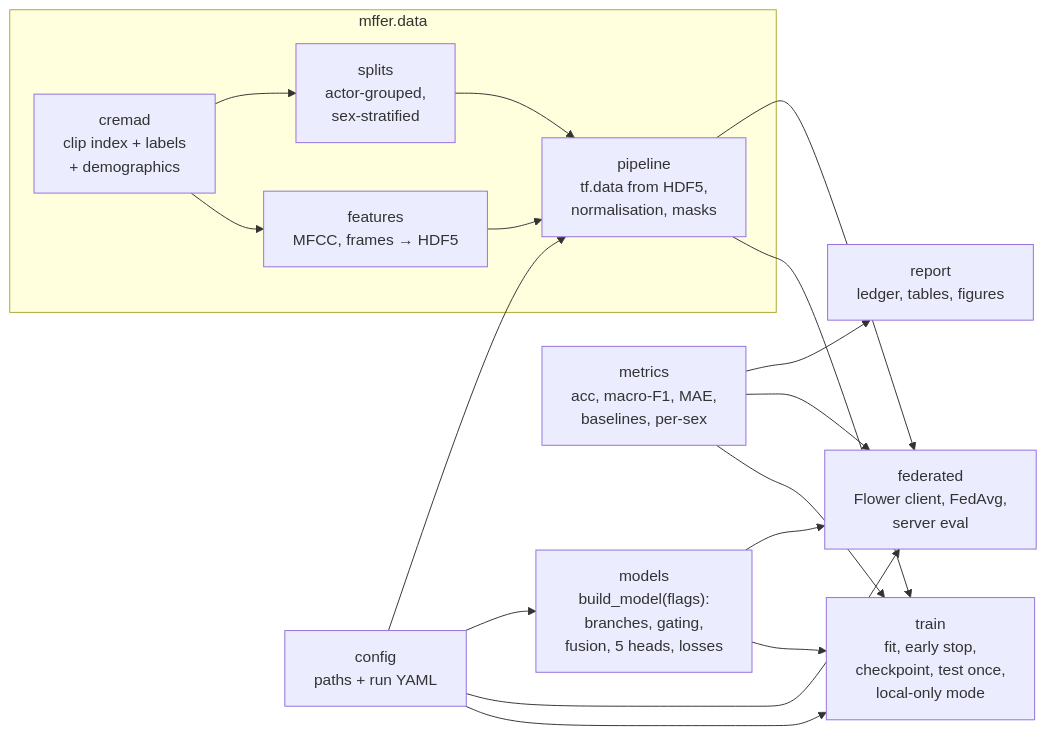
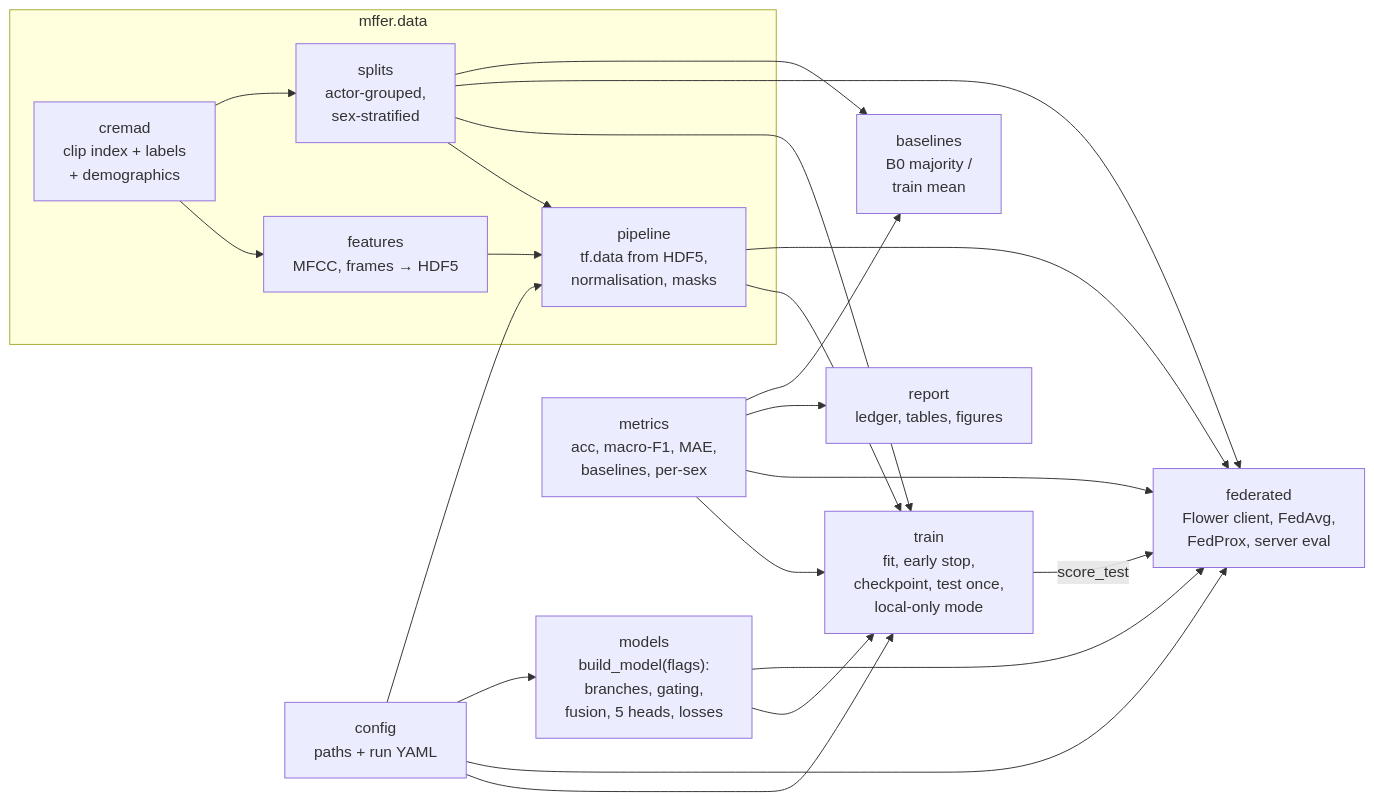
The third of 3 diagrams in README.md (n0th1ng999/mffer-exp), drawn with Mermaid before and after one commit. The commit also changed other lines of this file and 15 other files, not shown here.

First line of the commit message:
docs(adr): 13 architecture decision records; README development section

````diff
--- a/README.md
+++ b/README.md
@@ -314,24 +320,27 @@
 ```mermaid
 flowchart LR
     subgraph data[mffer.data]
         CR["cremad<br/>clip index + labels<br/>+ demographics"]
         FE["features<br/>MFCC, frames → HDF5"]
         SP["splits<br/>actor-grouped,<br/>sex-stratified"]
         PL["pipeline<br/>tf.data from HDF5,<br/>normalisation, masks"]
     end
     CFG["config<br/>paths + run YAML"]
     MD["models<br/>build_model(flags):<br/>branches, gating,<br/>fusion, 5 heads, losses"]
     MT["metrics<br/>acc, macro-F1, MAE,<br/>baselines, per-sex"]
     TR["train<br/>fit, early stop,<br/>checkpoint, test once,<br/>local-only mode"]
-    FD["federated<br/>Flower client, FedAvg,<br/>server eval"]
+    FD["federated<br/>Flower client, FedAvg,<br/>FedProx, server eval"]
+    BL["baselines<br/>B0 majority /<br/>train mean"]
     RP["report<br/>ledger, tables, figures"]
 
     CR --> FE
     CR --> SP
     FE --> PL
     SP --> PL
     CFG --> TR & FD & PL & MD
     PL --> TR & FD
     MD --> TR & FD
-    MT --> TR & FD & RP
+    MT --> TR & FD & RP & BL
+    SP --> TR & FD & BL
+    TR -- "score_test" --> FD
 ```
````
